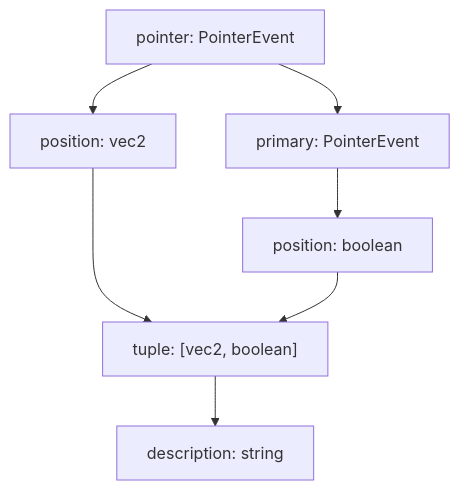
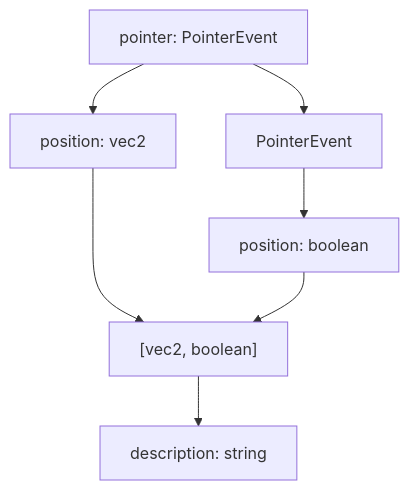
One commit to baku89/bndr-js changed the second of 2 diagrams in docs/overview.md. Above: the diagram before and after it, drawn with Mermaid. The commit also changed other lines of this file, not shown here.

````diff
--- a/docs/overview.md
+++ b/docs/overview.md
@@ -47,17 +77,17 @@
 ```mermaid
 graph TB;
 	pointer[pointer: PointerEvent]
 	position[position: vec2]
-	primary[primary: PointerEvent]
+	primary[PointerEvent]
 	pressed[position: boolean]
-	tuple["tuple: [vec2, boolean]"]
+	tuple["[vec2, boolean]"]
 	description[description: string]
 
 	pointer --> position
 	pointer --> primary
 	primary --> pressed
 
 	position ---> tuple
 	pressed --> tuple
 	tuple --> description
 ```
````
